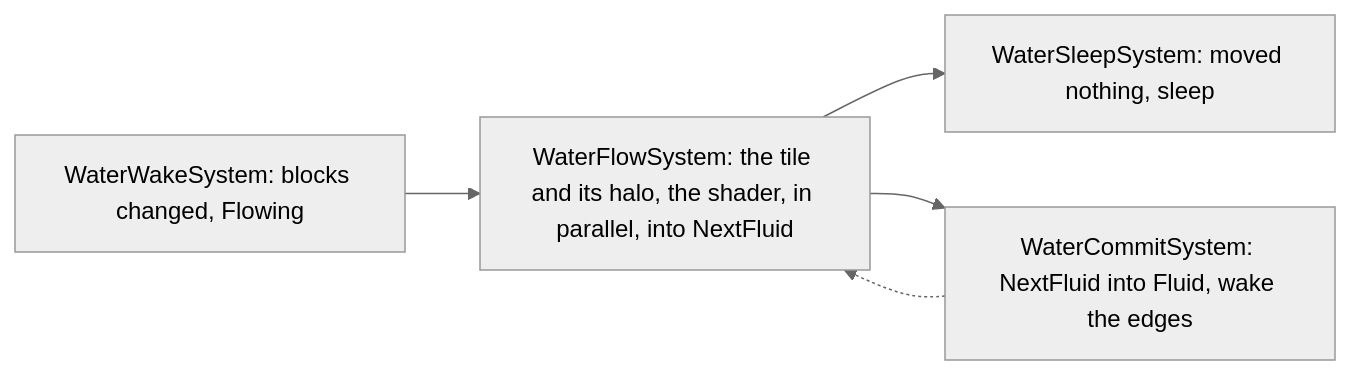
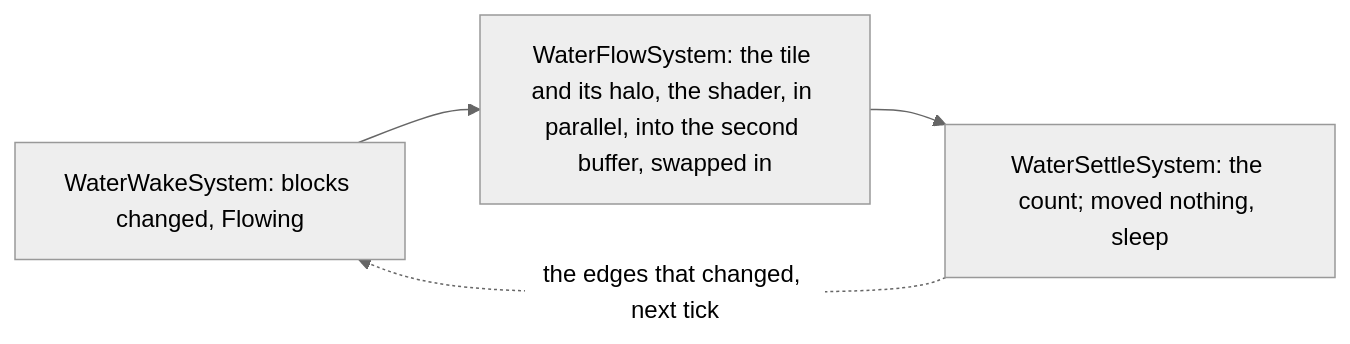
The third of 3 diagrams in docs/content/samples/voxel-server.mdx (JasonXuDeveloper/EasyEcs), drawn with Mermaid (neutral theme) before and after one commit. The commit also changed other lines of this file and 1 other file, not shown here.

First line of the commit message:
Docs: the voxel server's water steps its tile in the ping-pong form

````diff
--- a/docs/content/samples/voxel-server.mdx
+++ b/docs/content/samples/voxel-server.mdx
@@ -258,7 +259,6 @@
 ```mermaid
 flowchart LR
-  wake[WaterWakeSystem: blocks changed, Flowing] --> flow[WaterFlowSystem: the tile and its halo, the shader, in parallel, into NextFluid]
-  flow --> sleep[WaterSleepSystem: moved nothing, sleep]
-  flow --> commit[WaterCommitSystem: NextFluid into Fluid, wake the edges]
-  commit -.-> flow
+  wake[WaterWakeSystem: blocks changed, Flowing] --> flow[WaterFlowSystem: the tile and its halo, the shader, in parallel, into the second buffer, swapped in]
+  flow --> settle[WaterSettleSystem: the count; moved nothing, sleep]
+  settle -.->|the edges that changed, next tick| wake
 ```
````
